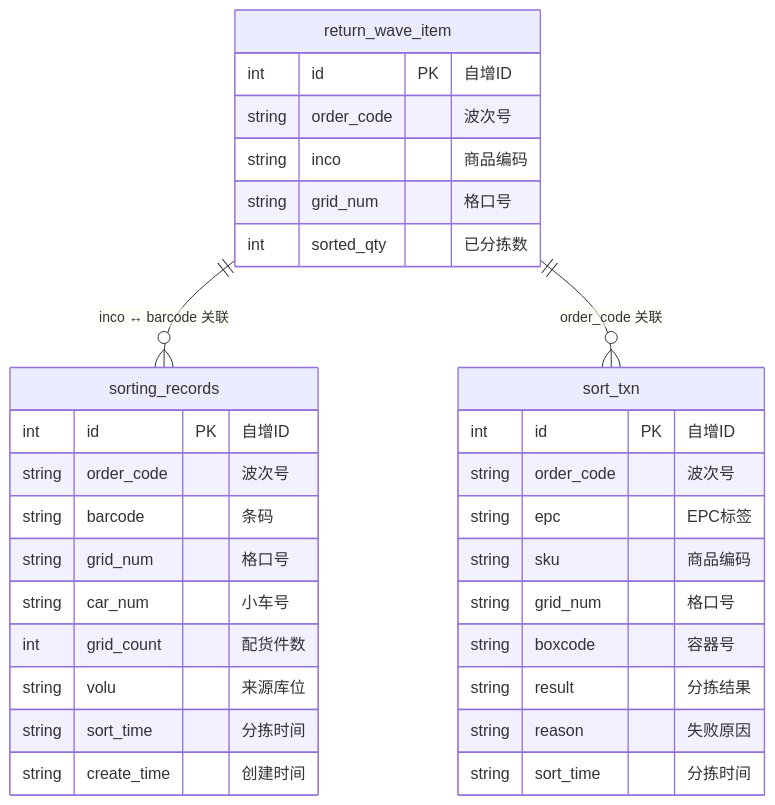
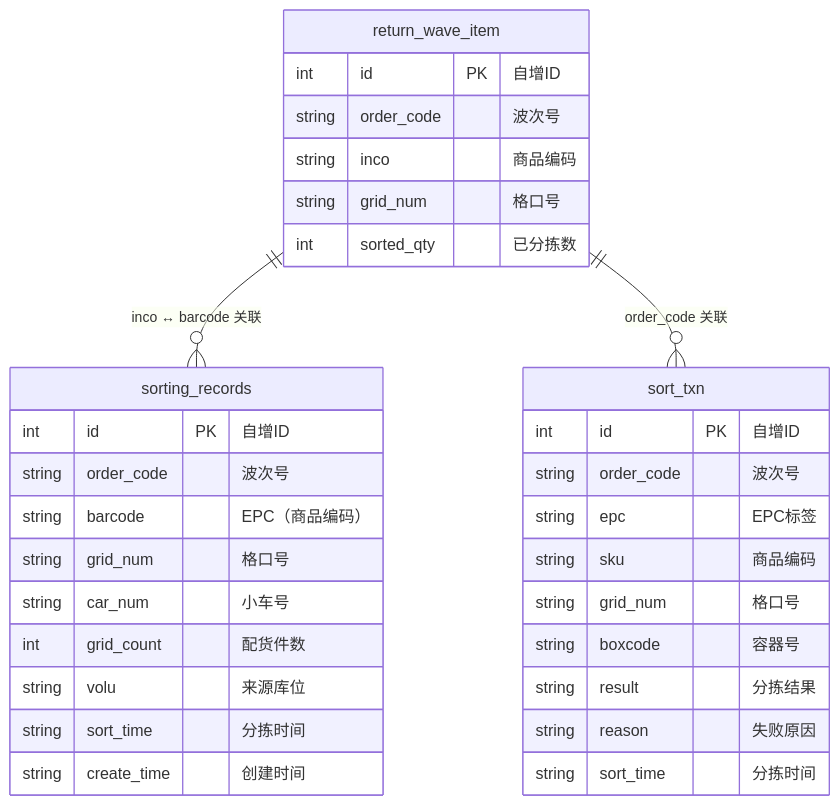
The third of 27 diagrams in WCSHttpServer-材料/数据库表设计方案.md (dryQAQ/WCSHttpServer), drawn with Mermaid before and after one commit. The commit also changed other lines of this file and 68 other files, not shown here.

````diff
--- a/WCSHttpServer-材料/数据库表设计方案.md
+++ b/WCSHttpServer-材料/数据库表设计方案.md
@@ -154,37 +154,37 @@
 ```mermaid
 erDiagram
     return_wave_item ||--o{ sorting_records : "inco ↔ barcode 关联"
     return_wave_item ||--o{ sort_txn : "order_code 关联"
 
     sorting_records {
         int id PK "自增ID"
         string order_code "波次号"
-        string barcode "条码"
+        string barcode "EPC（商品编码）"
         string grid_num "格口号"
         string car_num "小车号"
         int grid_count "配货件数"
         string volu "来源库位"
         string sort_time "分拣时间"
         string create_time "创建时间"
     }
 
     sort_txn {
         int id PK "自增ID"
         string order_code "波次号"
         string epc "EPC标签"
         string sku "商品编码"
         string grid_num "格口号"
         string boxcode "容器号"
         string result "分拣结果"
         string reason "失败原因"
         string sort_time "分拣时间"
     }
 
     return_wave_item {
         int id PK "自增ID"
         string order_code "波次号"
         string inco "商品编码"
         string grid_num "格口号"
         int sorted_qty "已分拣数"
     }
 ```
````
